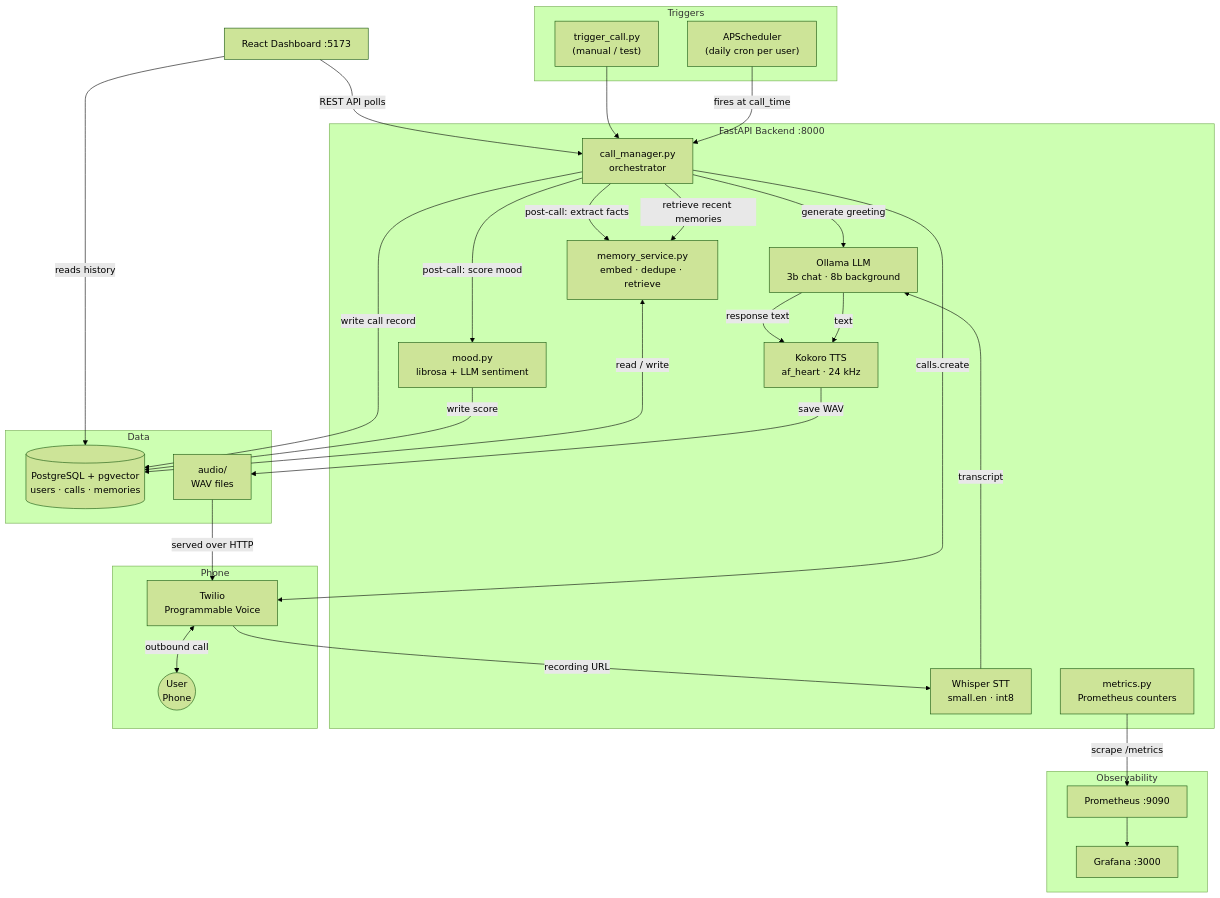
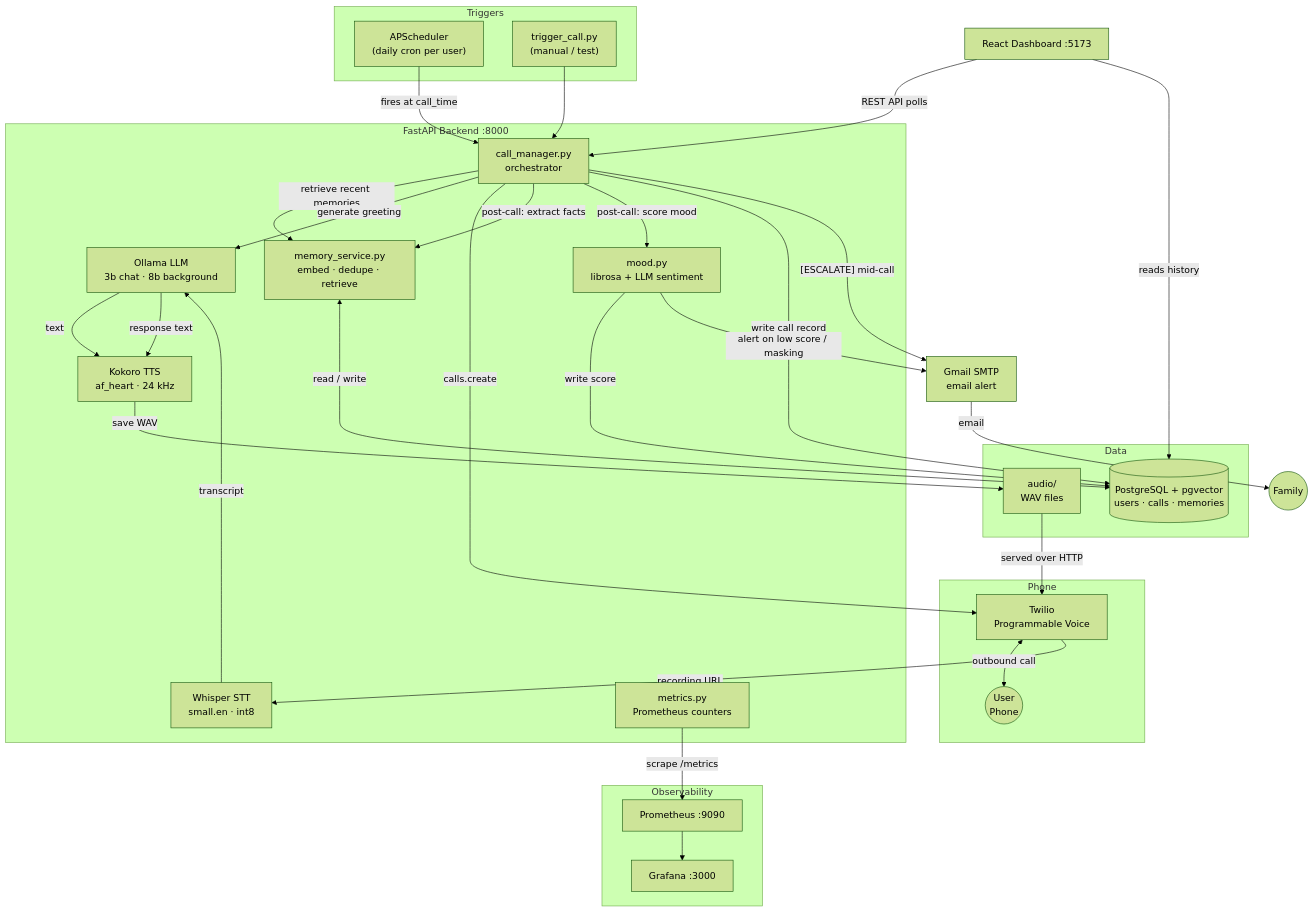
The diagram in README.md (sharwariakre/aria-companion), drawn with Mermaid (forest theme) before and after one commit.

Commit message:
add escalation logic to readme

````diff
--- a/README.md
+++ b/README.md
@@ -55,57 +55,60 @@
 ```mermaid
 graph TD
     subgraph Triggers["Triggers"]
         SCHED["APScheduler\n(daily cron per user)"]
         MANUAL["trigger_call.py\n(manual / test)"]
     end
 
     subgraph Backend["FastAPI Backend  :8000"]
         CM["call_manager.py\norchestrator"]
         STT["Whisper STT\nsmall.en · int8"]
         LLM["Ollama LLM\n3b chat · 8b background"]
         TTS["Kokoro TTS\naf_heart · 24 kHz"]
         MEM["memory_service.py\nembed · dedupe · retrieve"]
         MOOD["mood.py\nlibrosa + LLM sentiment"]
         METRICS["metrics.py\nPrometheus counters"]
     end
 
     subgraph Data["Data"]
         PG[("PostgreSQL + pgvector\nusers · calls · memories")]
         WAV["audio/\nWAV files"]
     end
 
     subgraph Phone["Phone"]
         TW["Twilio\nProgrammable Voice"]
         USER(("User\nPhone"))
     end
 
     subgraph Obs["Observability"]
         PROM["Prometheus  :9090"]
         GRAF["Grafana  :3000"]
     end
 
     DASH["React Dashboard  :5173"]
 
     SCHED -->|"fires at call_time"| CM
     MANUAL --> CM
 
     CM -->|"retrieve recent memories"| MEM
     MEM <-->|"read / write"| PG
     CM -->|"generate greeting"| LLM
     LLM -->|"text"| TTS
     TTS -->|"save WAV"| WAV
     CM -->|"calls.create"| TW
     TW <-->|"outbound call"| USER
     TW -->|"recording URL"| STT
     STT -->|"transcript"| LLM
     LLM -->|"response text"| TTS
     WAV -->|"served over HTTP"| TW
     CM -->|"post-call: extract facts"| MEM
     CM -->|"post-call: score mood"| MOOD
     MOOD -->|"write score"| PG
     CM -->|"write call record"| PG
     METRICS -->|"scrape /metrics"| PROM
     PROM --> GRAF
     DASH -->|"REST API polls"| CM
     DASH -->|"reads history"| PG
+    MOOD -->|"alert on low score / masking"| GMAIL["Gmail SMTP\nemail alert"]
+    CM -->|"[ESCALATE] mid-call"| GMAIL
+    GMAIL -->|"email"| FAMILY(("Family"))
 ```
````
